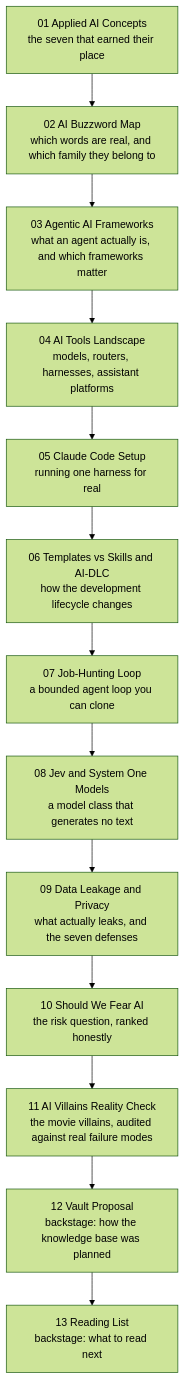
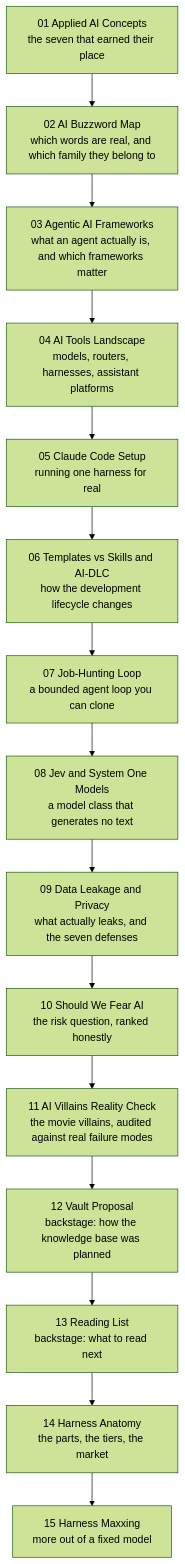
One commit to oat431/oralita_md changed the diagram in personal/ai/00_overview.md. Above: the diagram before and after it, drawn with Mermaid (forest theme). The commit also changed other lines of this file and 4 other files, not shown here.

````diff
--- a/personal/ai/00_overview.md
+++ b/personal/ai/00_overview.md
@@ -18,15 +18,17 @@
 ```mermaid
 flowchart TD
     S1["01 Applied AI Concepts<br/>the seven that earned their place"] --> S2["02 AI Buzzword Map<br/>which words are real, and which family they belong to"]
     S2 --> S3["03 Agentic AI Frameworks<br/>what an agent actually is, and which frameworks matter"]
     S3 --> S4["04 AI Tools Landscape<br/>models, routers, harnesses, assistant platforms"]
     S4 --> S5["05 Claude Code Setup<br/>running one harness for real"]
     S5 --> S6["06 Templates vs Skills and AI-DLC<br/>how the development lifecycle changes"]
     S6 --> S7["07 Job-Hunting Loop<br/>a bounded agent loop you can clone"]
     S7 --> S8["08 Jev and System One Models<br/>a model class that generates no text"]
     S8 --> S9["09 Data Leakage and Privacy<br/>what actually leaks, and the seven defenses"]
     S9 --> S10["10 Should We Fear AI<br/>the risk question, ranked honestly"]
     S10 --> S11["11 AI Villains Reality Check<br/>the movie villains, audited against real failure modes"]
     S11 --> S12["12 Vault Proposal<br/>backstage: how the knowledge base was planned"]
     S12 --> S13["13 Reading List<br/>backstage: what to read next"]
+    S13 --> S14["14 Harness Anatomy<br/>the parts, the tiers, the market"]
+    S14 --> S15["15 Harness Maxxing<br/>more out of a fixed model"]
 ```
````
